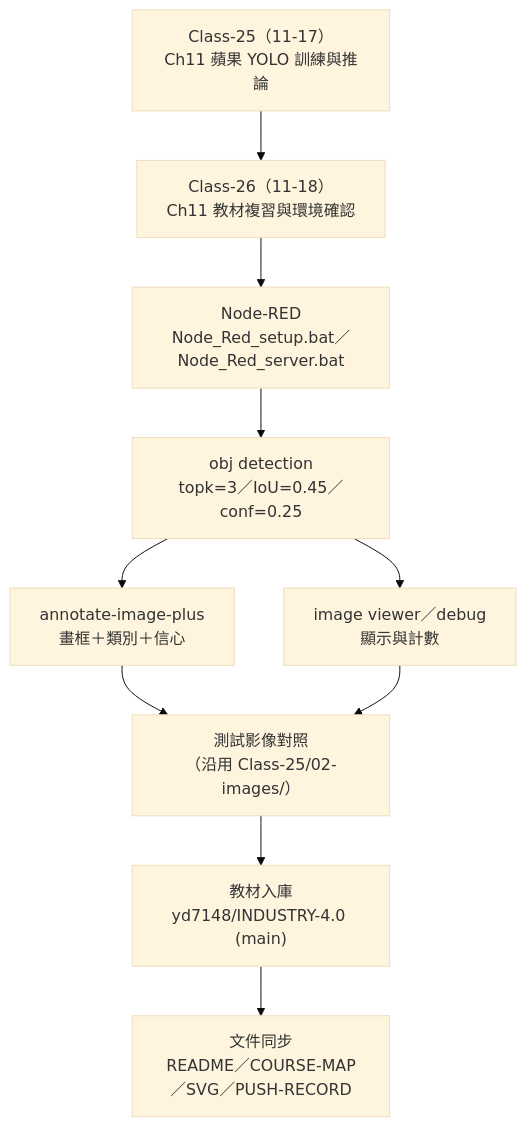
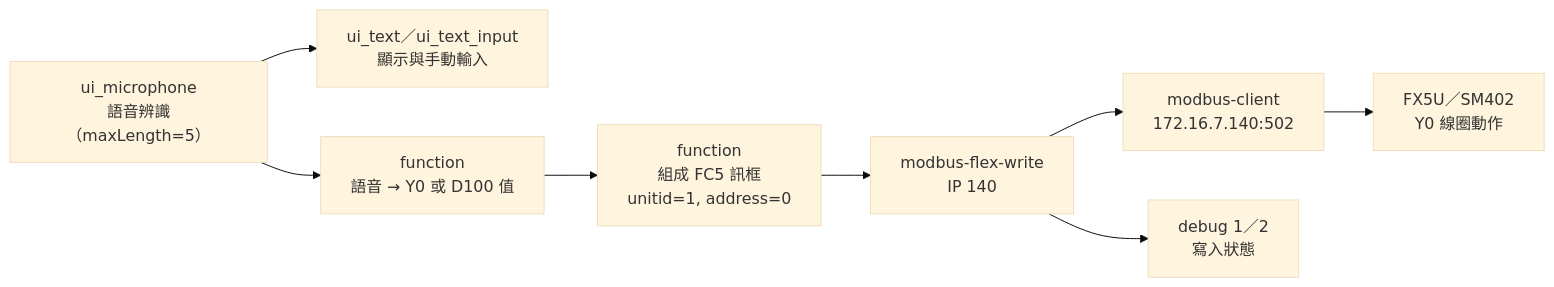
Before and after one commit to yd7148/INDUSTRY-4.0: the first of 2 diagrams in Class-26-2026-11-18/README.md, drawn with Mermaid (base theme). The commit also changed other lines of this file and 5 other files, not shown here.

Commit message:
Add Class-26 Modbus TCP voice control flow and PLC projects

````diff
--- a/Class-26-2026-11-18/README.md
+++ b/Class-26-2026-11-18/README.md
@@ -33,12 +33,10 @@
 ```mermaid
-flowchart TB
-    A["Class-25（11-17）<br/>Ch11 蘋果 YOLO 訓練與推論"] --> B["Class-26（11-18）<br/>Ch11 教材複習與環境確認"]
-    B --> C["Node-RED<br/>Node_Red_setup.bat／Node_Red_server.bat"]
-    C --> D["obj detection<br/>topk=3／IoU=0.45／conf=0.25"]
-    D --> E["annotate-image-plus<br/>畫框＋類別＋信心"]
-    D --> F["image viewer／debug<br/>顯示與計數"]
-    E --> G["測試影像對照<br/>（沿用 Class-25/02-images/）"]
-    F --> G
-    G --> H["教材入庫<br/>yd7148/INDUSTRY-4.0 (main)"]
-    H --> I["文件同步<br/>README／COURSE-MAP／SVG／PUSH-RECORD"]
+flowchart LR
+    A["ui_microphone<br/>語音辨識（maxLength=5）"] --> B["ui_text／ui_text_input<br/>顯示與手動輸入"]
+    A --> C["function<br/>語音 → Y0 或 D100 值"]
+    C --> D["function<br/>組成 FC5 訊框<br/>unitid=1, address=0"]
+    D --> E["modbus-flex-write<br/>IP 140"]
+    E --> F["modbus-client<br/>172.16.7.140:502"]
+    F --> G["FX5U／SM402<br/>Y0 線圈動作"]
+    E --> H["debug 1／2<br/>寫入狀態"]
 ```
````
